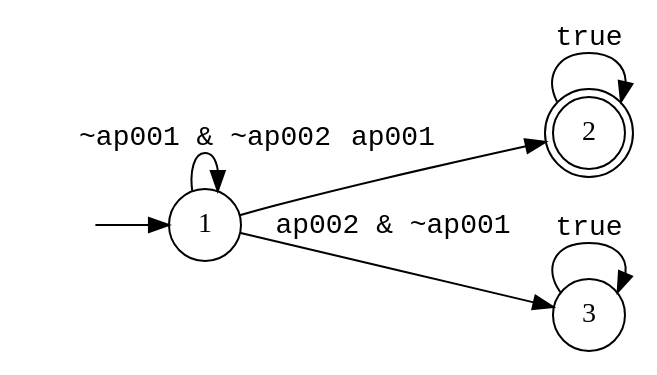
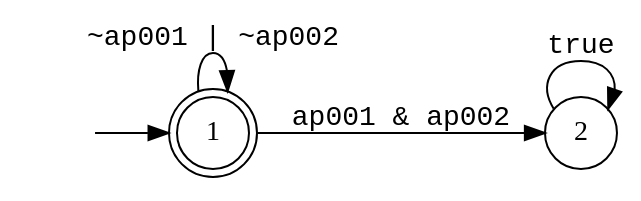
One commit to cais-psu/cais-spade-llm changed the diagram in cais_spade_llm/safety/SAFE_1_dfa.dot. Above: the diagram before and after it, drawn with Graphviz. The commit also changed 32 other files, not shown here.

```diff
--- a/cais_spade_llm/safety/SAFE_1_dfa.dot
+++ b/cais_spade_llm/safety/SAFE_1_dfa.dot
@@ -1,16 +1,14 @@
 digraph MONA_DFA {
  rankdir = LR;
  center = true;
  size = "7.5,10.5";
  edge [fontname = Courier];
  node [height = .5, width = .5];
- node [shape = doublecircle]; 2;
+ node [shape = doublecircle]; 1;
  node [shape = circle]; 1;
  init [shape = plaintext, label = ""];
  init -> 1;
- 1 -> 1 [label="~ap001 & ~ap002"];
- 1 -> 2 [label="ap001"];
- 1 -> 3 [label="ap002 & ~ap001"];
+ 1 -> 1 [label="~ap001 | ~ap002"];
+ 1 -> 2 [label="ap001 & ap002"];
  2 -> 2 [label="true"];
- 3 -> 3 [label="true"];
 }
```
